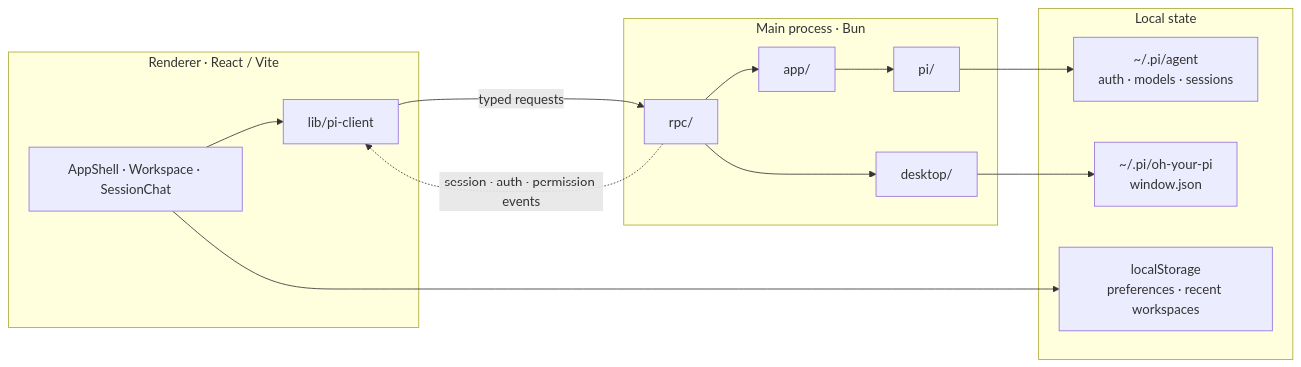
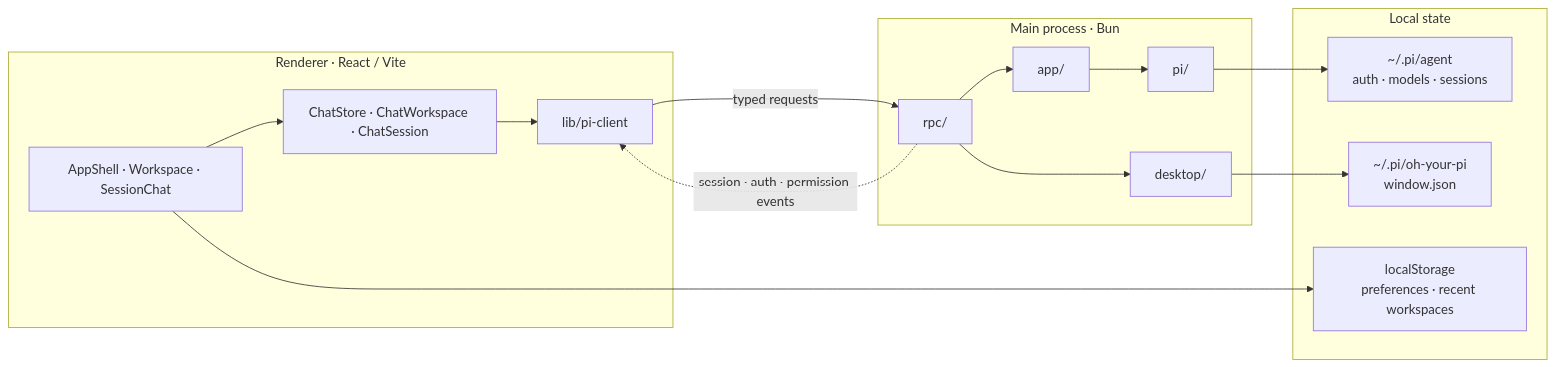
The first of 3 diagrams in ai.prompt/architecture.md (wind-chasers/oh-your-pi), drawn with Mermaid before and after one commit. The commit also changed other lines of this file and 59 other files, not shown here.

````diff
--- a/ai.prompt/architecture.md
+++ b/ai.prompt/architecture.md
@@ -33,25 +33,26 @@
 ```mermaid
 flowchart LR
   subgraph Renderer["Renderer · React / Vite"]
-    UI["AppShell · Workspace · SessionChat"] --> Client["lib/pi-client"]
+    UI["AppShell · Workspace · SessionChat"] --> Store["ChatStore · ChatWorkspace · ChatSession"]
+    Store --> Client["lib/pi-client"]
   end
 
   subgraph Main["Main process · Bun"]
     RPC["rpc/"] --> App["app/"]
     App --> Pi["pi/"]
     Desktop["desktop/"]
   end
 
   subgraph Storage["Local state"]
     Agent["~/.pi/agent\nauth · models · sessions"]
     AppState["~/.pi/oh-your-pi\nwindow.json"]
     BrowserState["localStorage\npreferences · recent workspaces"]
   end
 
   Client -->|"typed requests"| RPC
   RPC -. "session · auth · permission events" .-> Client
   RPC --> Desktop
   Pi --> Agent
   Desktop --> AppState
   UI --> BrowserState
 ```
````
